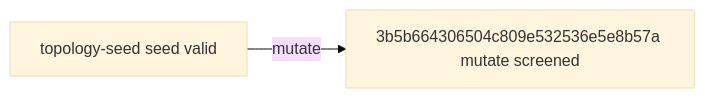
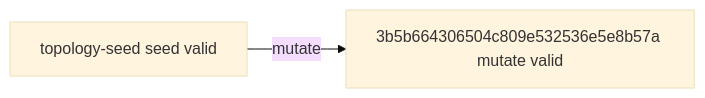
The diagram in experiments/campaigns/layout-numerical-lane1/README.md (timbtz/feyer-search-lab), drawn with Mermaid (base theme) before and after one commit. The commit also changed other lines of this file and 7 other files, not shown here.

````diff
--- a/experiments/campaigns/layout-numerical-lane1/README.md
+++ b/experiments/campaigns/layout-numerical-lane1/README.md
@@ -21,6 +21,6 @@
 ```mermaid
 graph LR
   n0["topology-seed seed valid"]
-  n1["3b5b664306504c809e532536e5e8b57a mutate screened"]
+  n1["3b5b664306504c809e532536e5e8b57a mutate valid"]
   n0 -->|mutate| n1
 ```
````
